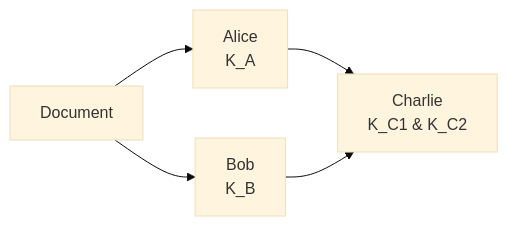
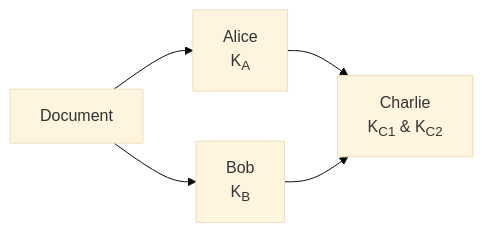
Before and after one commit to cryptpad/blueprints: the third of 4 diagrams in feature-proposals/revocation.md, drawn with Mermaid (base theme). The commit also changed other lines of this file, not shown here.

Commit message:
mermaid graphs in revocation.md

````diff
--- a/feature-proposals/revocation.md
+++ b/feature-proposals/revocation.md
@@ -862,6 +861,6 @@
-```mermaid
+<pre class="mermaid">
 graph LR
-Document --> A[Alice <br> K_A] & B[Bob <br> K_B]
-A --> C[Charlie <br> K_C1 & K_C2]
+Document --> A[Alice <br> K<sub>A</sub>] & B[Bob <br> K<sub>B</sub>]
+A --> C[Charlie <br> K<sub>C1</sub> & K<sub>C2</sub>]
 B --> C
-```
+</pre>
````
